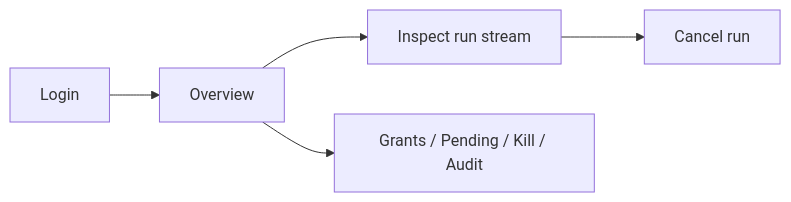
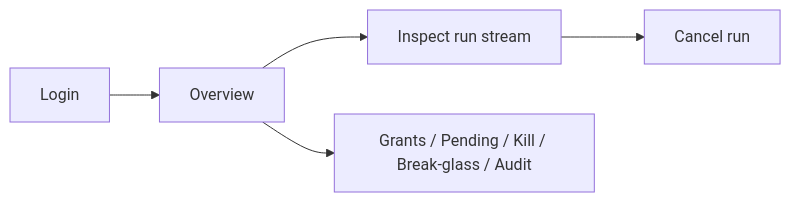
One commit to getrunkite/runkite changed the diagram in docs/admin.md. Above: the diagram before and after it, drawn with Mermaid. The commit also changed other lines of this file and 29 other files, not shown here.

First line of the commit message:
Add time-bounded break-glass windows for policy bypass.

````diff
--- a/docs/admin.md
+++ b/docs/admin.md
@@ -74,7 +79,7 @@
 ```mermaid
 flowchart LR
   A[Login] --> B[Overview]
   B --> C[Inspect run stream]
   C --> D[Cancel run]
-  B --> E[Grants / Pending / Kill / Audit]
+  B --> E[Grants / Pending / Kill / Break-glass / Audit]
 ```
````
